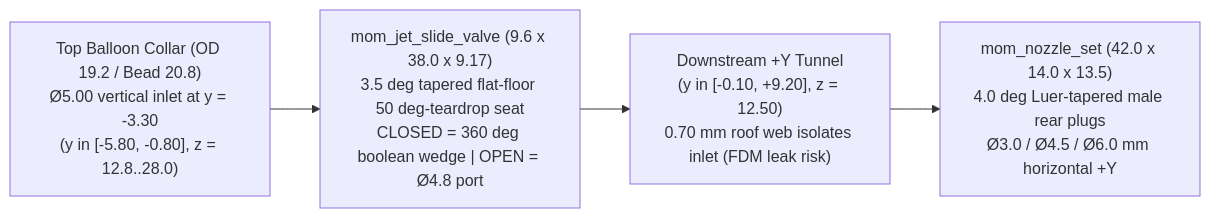
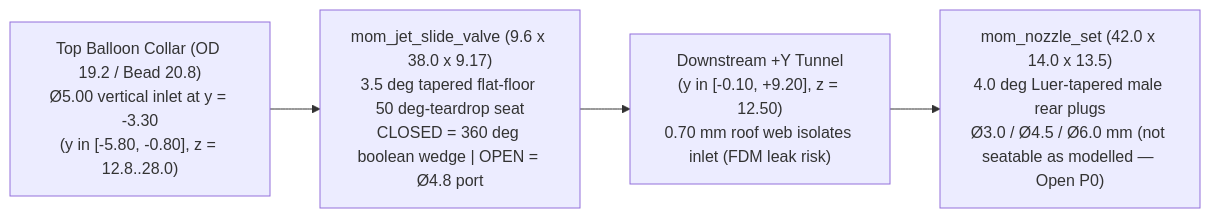
The second of 2 diagrams in docs/specs/functional-print-mechanics-spec.md (diydan/ToyVentor), drawn with Mermaid before and after one commit. The commit also changed other lines of this file and 1 other file, not shown here.

First line of the commit message:
docs(specs): jet nozzle seating figures, balloon behaviour, O5 air-path cap

````diff
--- a/docs/specs/functional-print-mechanics-spec.md
+++ b/docs/specs/functional-print-mechanics-spec.md
@@ -178,8 +179,8 @@
 ```mermaid
 flowchart LR
   Collar["Top Balloon Collar (OD 19.2 / Bead 20.8)\nØ5.00 vertical inlet at y = -3.30\n(y in [-5.80, -0.80], z = 12.8..28.0)"]
   Valve["mom_jet_slide_valve (9.6 x 38.0 x 9.17)\n3.5 deg tapered flat-floor 50 deg-teardrop seat\nCLOSED = 360 deg boolean wedge | OPEN = Ø4.8 port"]
   Tunnel["Downstream +Y Tunnel\n(y in [-0.10, +9.20], z = 12.50)\n0.70 mm roof web isolates inlet (FDM leak risk)"]
-  Nozzle["mom_nozzle_set (42.0 x 14.0 x 13.5)\n4.0 deg Luer-tapered male rear plugs\nØ3.0 / Ø4.5 / Ø6.0 mm horizontal +Y"]
+  Nozzle["mom_nozzle_set (42.0 x 14.0 x 13.5)\n4.0 deg Luer-tapered male rear plugs\nØ3.0 / Ø4.5 / Ø6.0 mm (not seatable as modelled — Open P0)"]
   Collar --> Valve --> Tunnel --> Nozzle
 ```
````
